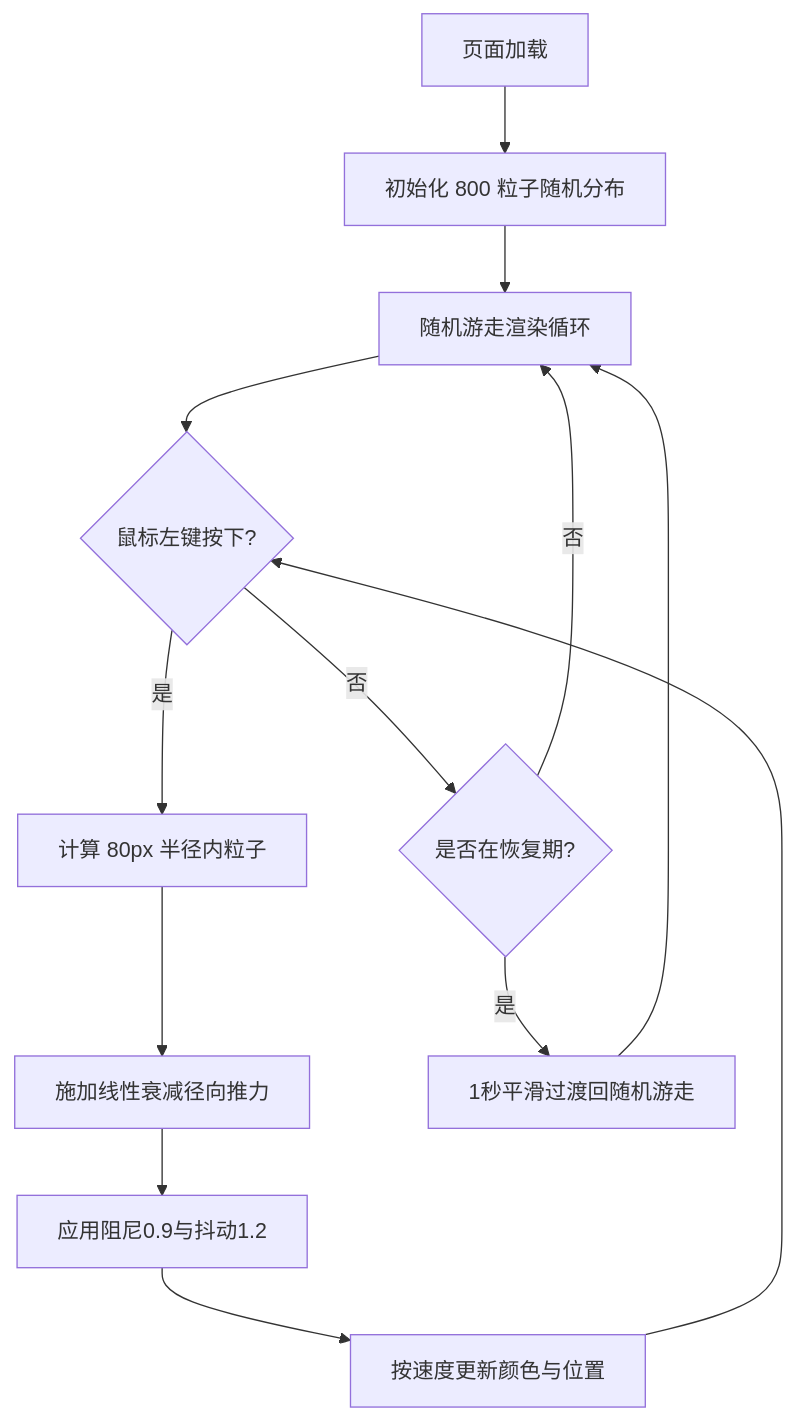
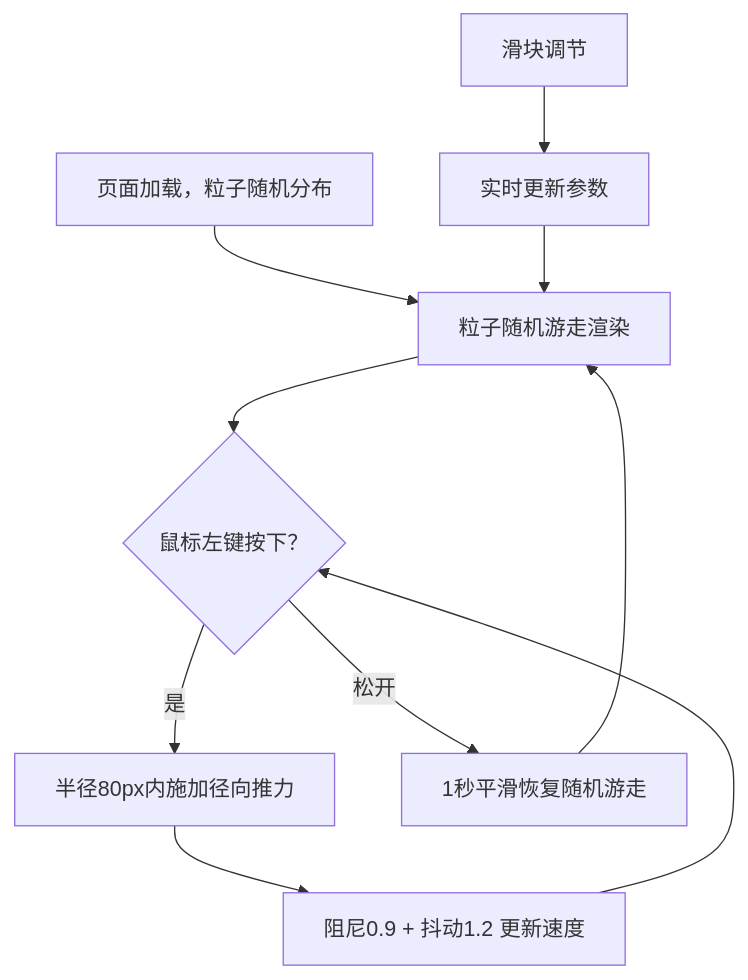
Before and after one commit to NUDT-ZSL/Solo: the diagram in cp3_6.17_auto4/.trae/documents/prd.md, drawn with Mermaid. The commit also changed other lines of this file and 2 other files, not shown here.

````diff
--- a/cp3_6.17_auto4/.trae/documents/prd.md
+++ b/cp3_6.17_auto4/.trae/documents/prd.md
@@ -28,15 +31,12 @@
 ```mermaid
 flowchart TD
-    A["页面加载"] --> B["初始化 800 粒子随机分布"]
-    B --> C["随机游走渲染循环"]
-    C --> D{"鼠标左键按下?"}
-    D -- 是 --> E["计算 80px 半径内粒子"]
-    E --> F["施加线性衰减径向推力"]
-    F --> G["应用阻尼0.9与抖动1.2"]
-    G --> H["按速度更新颜色与位置"]
-    H --> D
-    D -- 否 --> I{"是否在恢复期?"}
-    I -- 是 --> J["1秒平滑过渡回随机游走"]
-    J --> C
-    I -- 否 --> C
+    A["页面加载，粒子随机分布"] --> B["粒子随机游走渲染"]
+    B --> C{"鼠标左键按下？"}
+    C -- 是 --> D["半径80px内施加径向推力"]
+    D --> E["阻尼0.9 + 抖动1.2 更新速度"]
+    E --> C
+    C -- 松开 --> F["1秒平滑恢复随机游走"]
+    F --> B
+    G["滑块调节"] --> H["实时更新参数"]
+    H --> B
 ```
````
